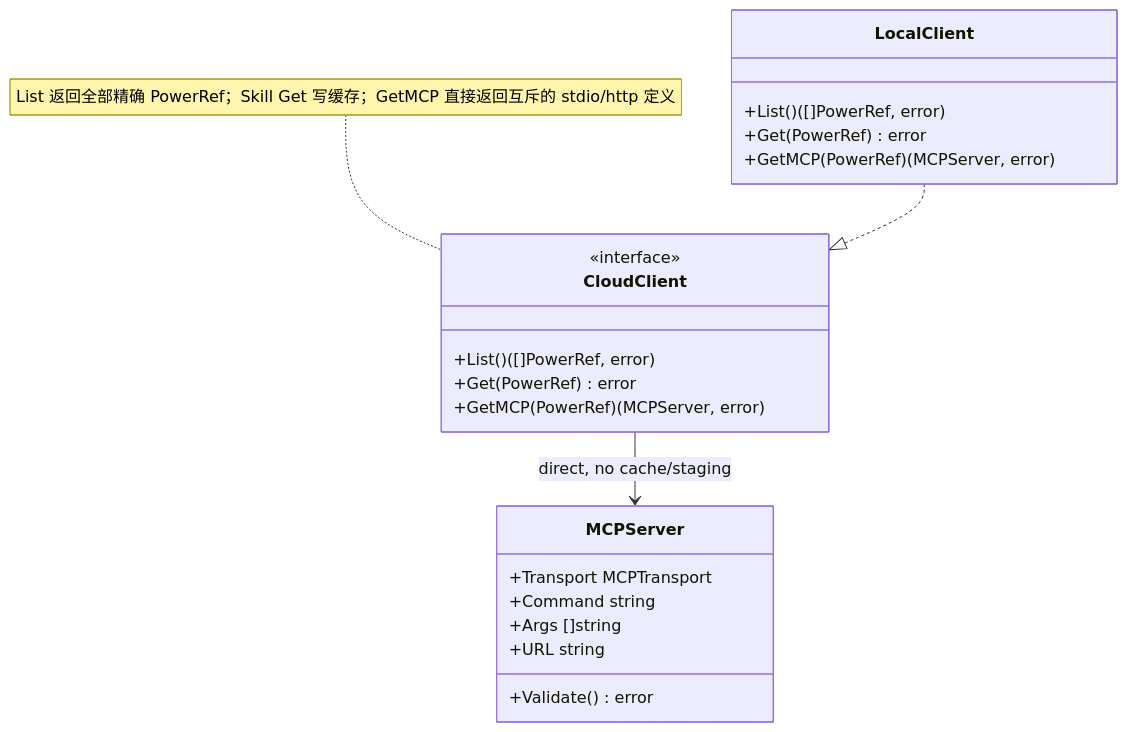
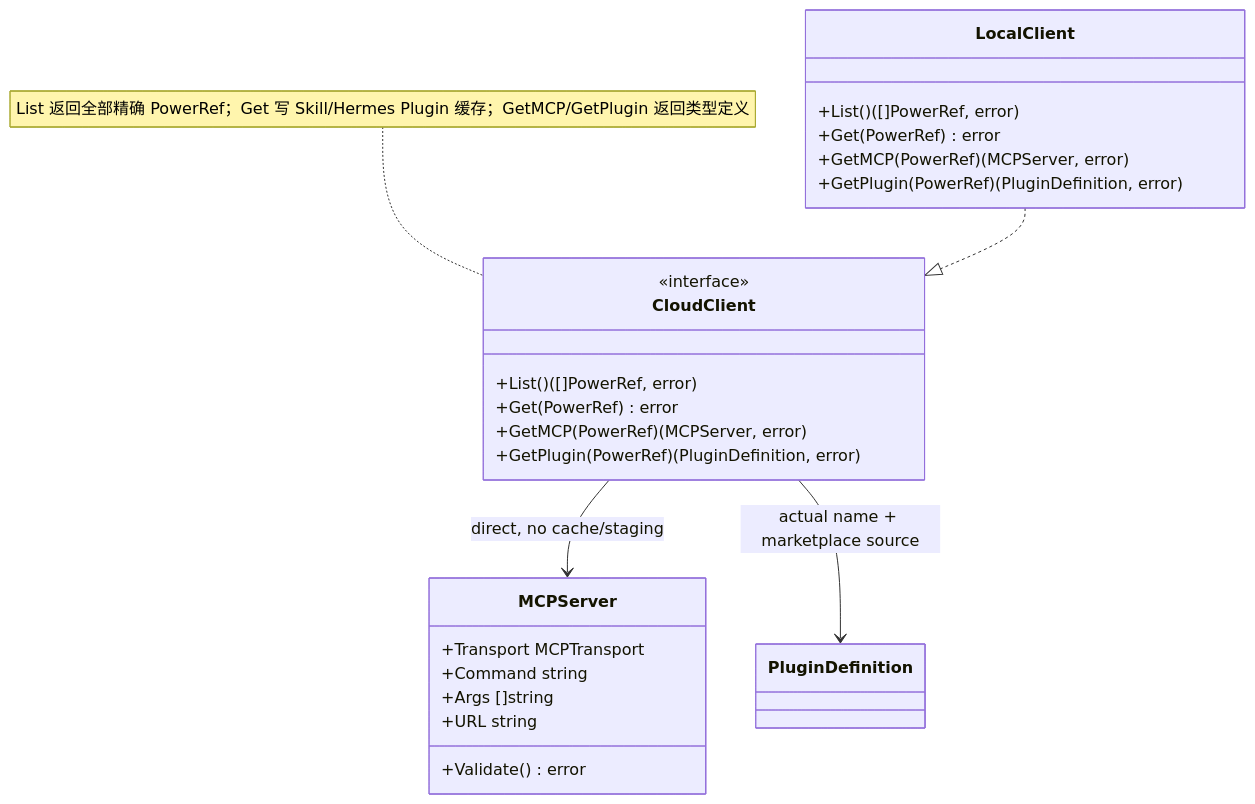
Before and after one commit to spacemit-com/agent-power-manager: the diagram in ivory-tower/c4/components/apm-cli-diagrams/cloud-client.mmd, drawn with Mermaid. The commit also changed 15 other files, not shown here.

Commit message:
docs(plugin): record lifecycle architecture

```diff
--- a/ivory-tower/c4/components/apm-cli-diagrams/cloud-client.mmd
+++ b/ivory-tower/c4/components/apm-cli-diagrams/cloud-client.mmd
@@ -1,22 +1,25 @@
 classDiagram
-    note for CloudClient "List 返回全部精确 PowerRef；Skill Get 写缓存；GetMCP 直接返回互斥的 stdio/http 定义"
+    note for CloudClient "List 返回全部精确 PowerRef；Get 写 Skill/Hermes Plugin 缓存；GetMCP/GetPlugin 返回类型定义"
     class CloudClient {
         <<interface>>
         +List() ([]PowerRef, error)
         +Get(PowerRef) error
         +GetMCP(PowerRef) (MCPServer, error)
+        +GetPlugin(PowerRef) (PluginDefinition, error)
     }
     class MCPServer {
         +Transport MCPTransport
         +Command string
         +Args []string
         +URL string
         +Validate() error
     }
     class LocalClient {
         +List() ([]PowerRef, error)
         +Get(PowerRef) error
         +GetMCP(PowerRef) (MCPServer, error)
+        +GetPlugin(PowerRef) (PluginDefinition, error)
     }
     LocalClient ..|> CloudClient
     CloudClient --> MCPServer : direct, no cache/staging
+    CloudClient --> PluginDefinition : actual name + marketplace source
```
